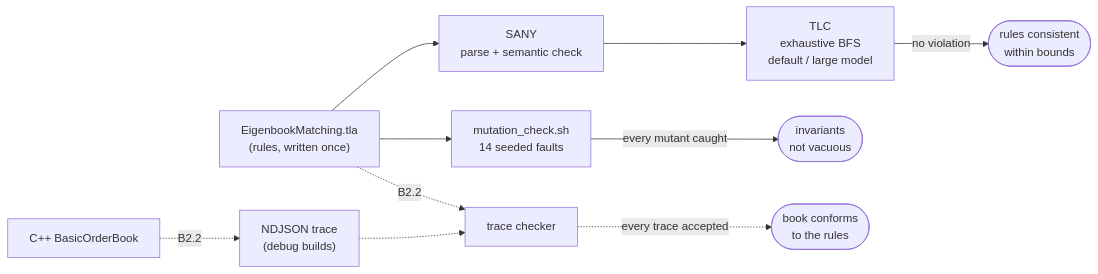
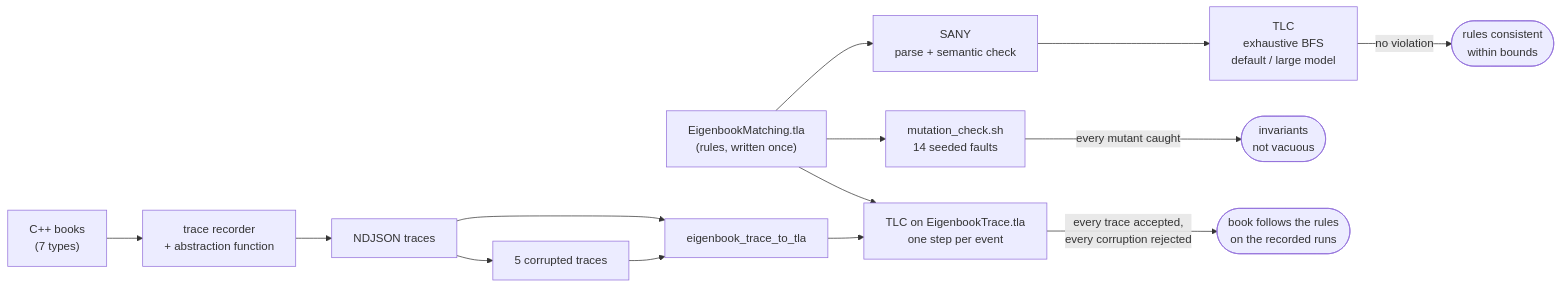
The first of 4 diagrams in formal/README.md (AliFooladiVanda17/Eigenbook), drawn with Mermaid before and after one commit. The commit also changed other lines of this file and 14 other files, not shown here.

````diff
--- a/formal/README.md
+++ b/formal/README.md
@@ -31,19 +38,23 @@
 ```mermaid
 flowchart LR
     spec["EigenbookMatching.tla<br/>(rules, written once)"]
     sany["SANY<br/>parse + semantic check"]
     tlc["TLC<br/>exhaustive BFS<br/>default / large model"]
     mut["mutation_check.sh<br/>14 seeded faults"]
-    book["C++ BasicOrderBook"]
-    trace["NDJSON trace<br/>(debug builds)"]
-    tv["trace checker"]
+    book["C++ books<br/>(7 types)"]
+    rec["trace recorder<br/>+ abstraction function"]
+    trace["NDJSON traces"]
+    conv["eigenbook_trace_to_tla"]
+    tv["TLC on EigenbookTrace.tla<br/>one step per event"]
+    neg["5 corrupted traces"]
 
     spec --> sany --> tlc
     spec --> mut
-    book -.->|"B2.2"| trace -.-> tv
-    spec -.->|"B2.2"| tv
+    book --> rec --> trace --> conv --> tv
+    spec --> tv
+    trace --> neg --> conv
 
     tlc -->|"no violation"| ok1(["rules consistent<br/>within bounds"])
     mut -->|"every mutant caught"| ok2(["invariants<br/>not vacuous"])
-    tv -.->|"every trace accepted"| ok3(["book conforms<br/>to the rules"])
+    tv -->|"every trace accepted,<br/>every corruption rejected"| ok3(["book follows the rules<br/>on the recorded runs"])
 ```
````
